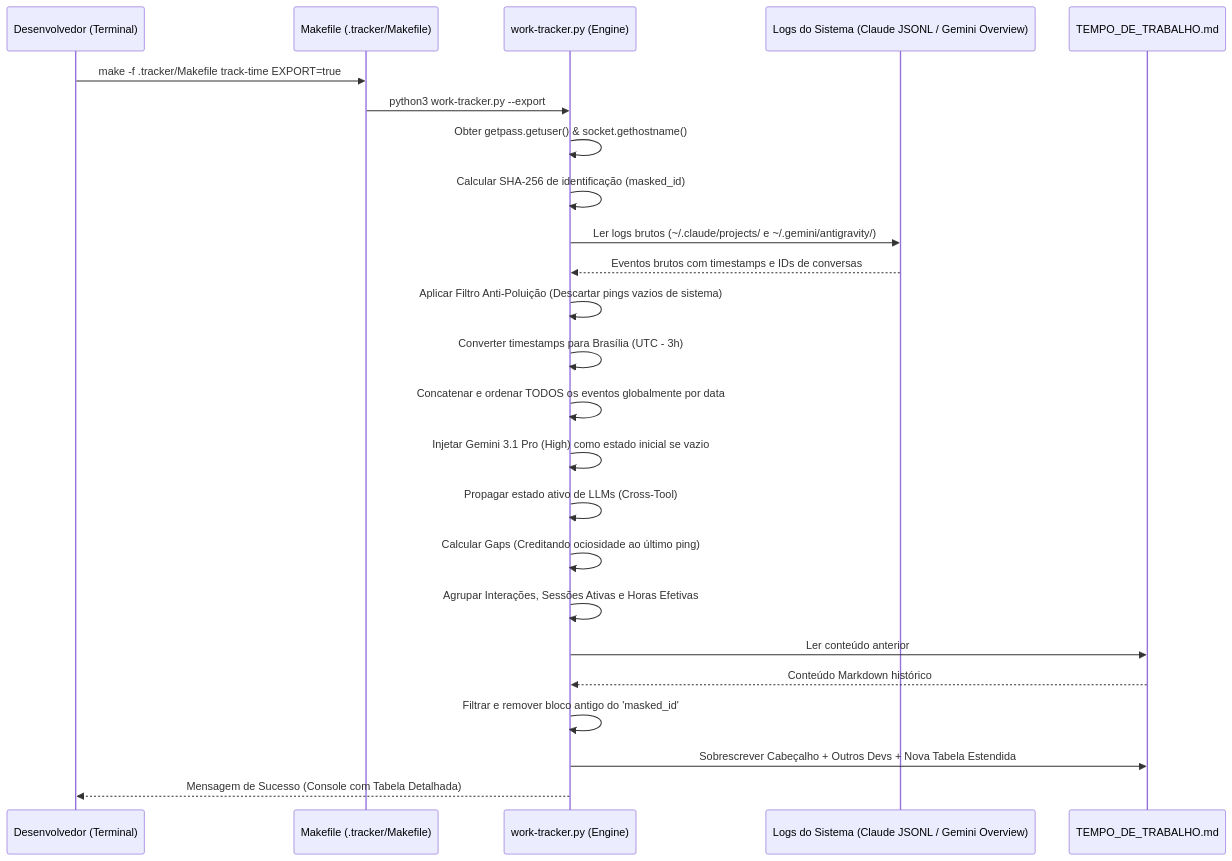
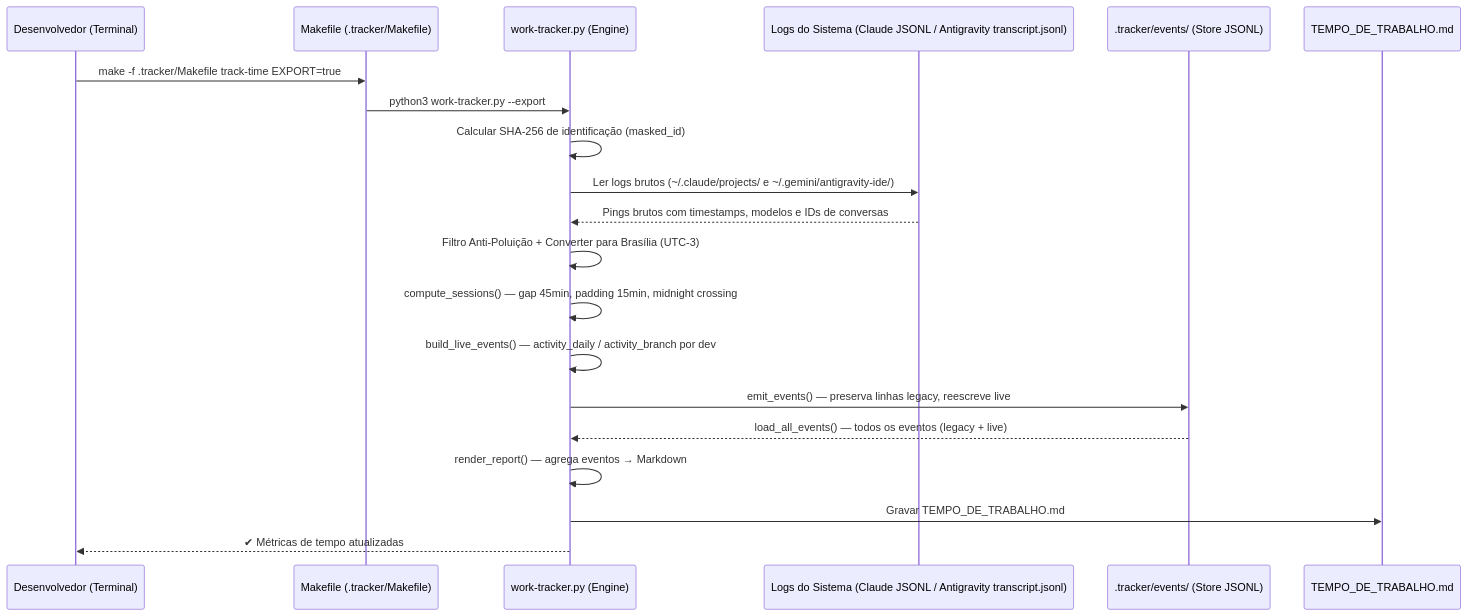
One commit to ismaelsoj/cluster-kubernetes changed the diagram in .tracker/work-tracker-architecture.md. Above: the diagram before and after it, drawn with Mermaid. The commit also changed other lines of this file and 8 other files, not shown here.

````diff
--- a/.tracker/work-tracker-architecture.md
+++ b/.tracker/work-tracker-architecture.md
@@ -118,27 +140,23 @@
 ```mermaid
 sequenceDiagram
     participant D as Desenvolvedor (Terminal)
     participant M as Makefile (.tracker/Makefile)
     participant W as work-tracker.py (Engine)
-    participant FS as Logs do Sistema (Claude JSONL / Gemini Overview)
+    participant FS as Logs do Sistema (Claude JSONL / Antigravity transcript.jsonl)
+    participant EV as .tracker/events/ (Store JSONL)
     participant MD as TEMPO_DE_TRABALHO.md
-    
+
     D->>M: make -f .tracker/Makefile track-time EXPORT=true
     M->>W: python3 work-tracker.py --export
-    W->>W: Obter getpass.getuser() & socket.gethostname()
     W->>W: Calcular SHA-256 de identificação (masked_id)
-    W->>FS: Ler logs brutos (~/.claude/projects/ e ~/.gemini/antigravity/)
-    FS-->>W: Eventos brutos com timestamps e IDs de conversas
-    W->>W: Aplicar Filtro Anti-Poluição (Descartar pings vazios de sistema)
-    W->>W: Converter timestamps para Brasília (UTC - 3h)
-    W->>W: Concatenar e ordenar TODOS os eventos globalmente por data
-    W->>W: Injetar Gemini 3.1 Pro (High) como estado inicial se vazio
-    W->>W: Propagar estado ativo de LLMs (Cross-Tool)
-    W->>W: Calcular Gaps (Creditando ociosidade ao último ping)
-    W->>W: Agrupar Interações, Sessões Ativas e Horas Efetivas
-    W->>MD: Ler conteúdo anterior
-    MD-->>W: Conteúdo Markdown histórico
-    W->>W: Filtrar e remover bloco antigo do 'masked_id'
-    W->>MD: Sobrescrever Cabeçalho + Outros Devs + Nova Tabela Estendida
-    W-->>D: Mensagem de Sucesso (Console com Tabela Detalhada)
+    W->>FS: Ler logs brutos (~/.claude/projects/ e ~/.gemini/antigravity-ide/)
+    FS-->>W: Pings brutos com timestamps, modelos e IDs de conversas
+    W->>W: Filtro Anti-Poluição + Converter para Brasília (UTC-3)
+    W->>W: compute_sessions() — gap 45min, padding 15min, midnight crossing
+    W->>W: build_live_events() — activity_daily / activity_branch por dev
+    W->>EV: emit_events() — preserva linhas legacy, reescreve live
+    EV-->>W: load_all_events() — todos os eventos (legacy + live)
+    W->>W: render_report() — agrega eventos → Markdown
+    W->>MD: Gravar TEMPO_DE_TRABALHO.md
+    W-->>D: ✔ Métricas de tempo atualizadas
 ```
````
